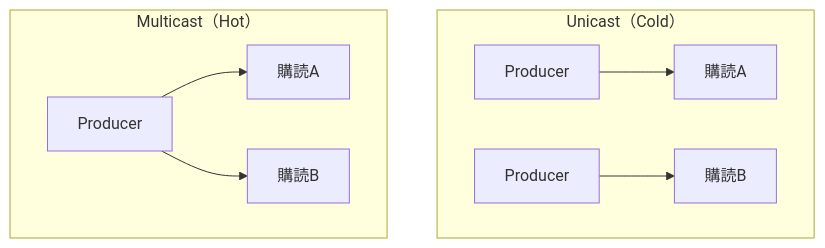
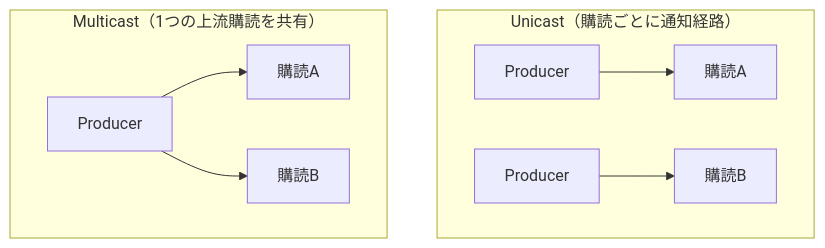
One commit to nagahara-naoki/zenn changed the diagram in books/rxjs-textbook/07-cold-hot-sync-async.md. Above: the diagram before and after it, drawn with Mermaid. The commit also changed other lines of this file and 22 other files, not shown here.

````diff
--- a/books/rxjs-textbook/07-cold-hot-sync-async.md
+++ b/books/rxjs-textbook/07-cold-hot-sync-async.md
@@ -85,11 +86,11 @@
 ```mermaid
 flowchart TD
-  subgraph Unicast["Unicast（Cold）"]
+  subgraph Unicast["Unicast（購読ごとに通知経路）"]
     P1["Producer"] --> A1["購読A"]
     P2["Producer"] --> B1["購読B"]
   end
-  subgraph Multicast["Multicast（Hot）"]
+  subgraph Multicast["Multicast（1つの上流購読を共有）"]
     P3["Producer"] --> A2["購読A"]
     P3 --> B2["購読B"]
   end
 ```
````
